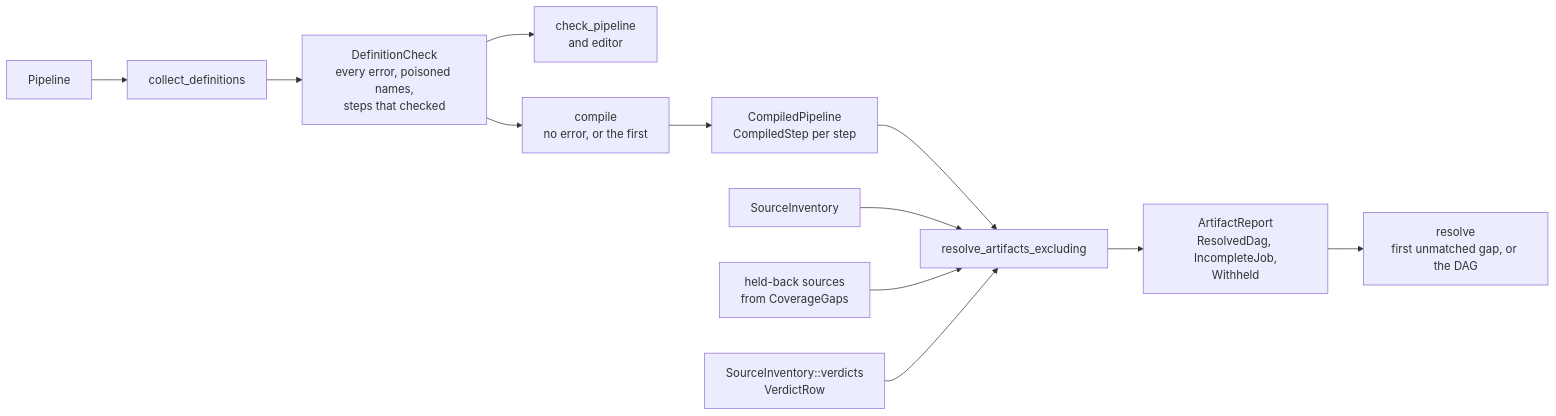
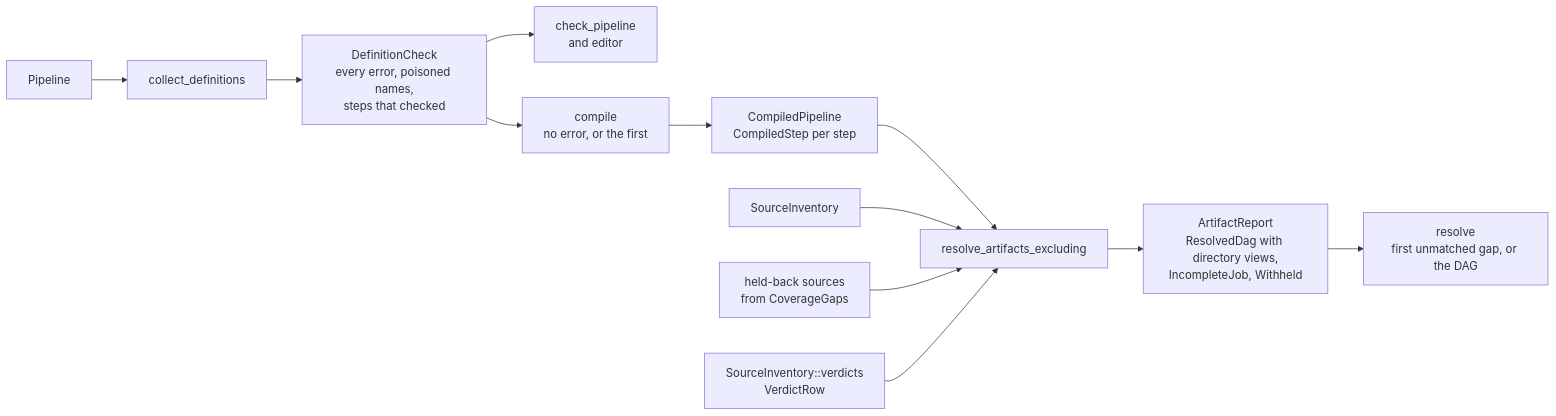
One commit to eclnz/spit changed the diagram in docs/architecture/resolution.md. Above: the diagram before and after it, drawn with Mermaid. The commit also changed other lines of this file and 23 other files, not shown here.

````diff
--- a/docs/architecture/resolution.md
+++ b/docs/architecture/resolution.md
@@ -5,14 +5,14 @@
 ```mermaid
 flowchart LR
     pipeline["Pipeline"] --> check["collect_definitions"]
     check --> report["DefinitionCheck<br/>every error, poisoned names,<br/>steps that checked"]
     report --> diagnostics["check_pipeline<br/>and editor"]
     report --> compile["compile<br/>no error, or the first"]
     compile --> compiled["CompiledPipeline<br/>CompiledStep per step"]
     compiled --> expand["resolve_artifacts_excluding"]
     inventory["SourceInventory"] --> expand
     held["held-back sources<br/>from CoverageGaps"] --> expand
     verdicts["SourceInventory::verdicts<br/>VerdictRow"] --> expand
-    expand --> artifacts["ArtifactReport<br/>ResolvedDag, IncompleteJob,<br/>Withheld"]
+    expand --> artifacts["ArtifactReport<br/>ResolvedDag with directory views,<br/>IncompleteJob, Withheld"]
     artifacts --> resolve["resolve<br/>first unmatched gap, or the DAG"]
 ```
````
